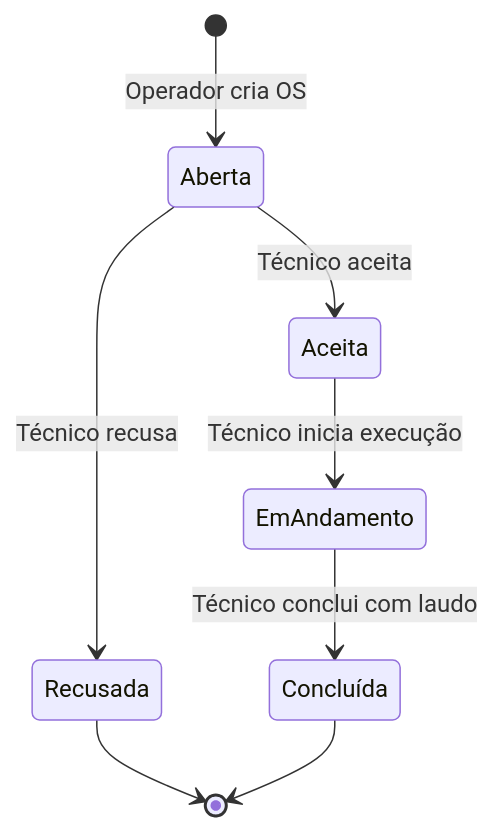
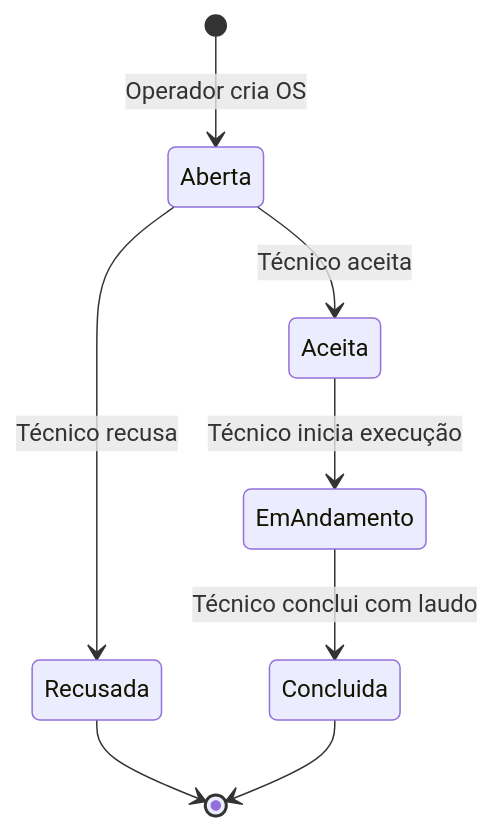
Before and after one commit to art1544/PlantOS-LAMD: the tenth of 11 diagrams in docs/sprint1/arquitetura.md, drawn with Mermaid. The commit also changed other lines of this file and 36 other files, not shown here.

````diff
--- a/docs/sprint1/arquitetura.md
+++ b/docs/sprint1/arquitetura.md
@@ -812,10 +923,10 @@
 ```mermaid
 stateDiagram-v2
     [*] --> Aberta : Operador cria OS
     Aberta --> Aceita : Técnico aceita
     Aberta --> Recusada : Técnico recusa
     Aceita --> EmAndamento : Técnico inicia execução
-    EmAndamento --> Concluída : Técnico conclui com laudo
+    EmAndamento --> Concluida : Técnico conclui com laudo
     Recusada --> [*]
-    Concluída --> [*]
+    Concluida --> [*]
 ```
````
